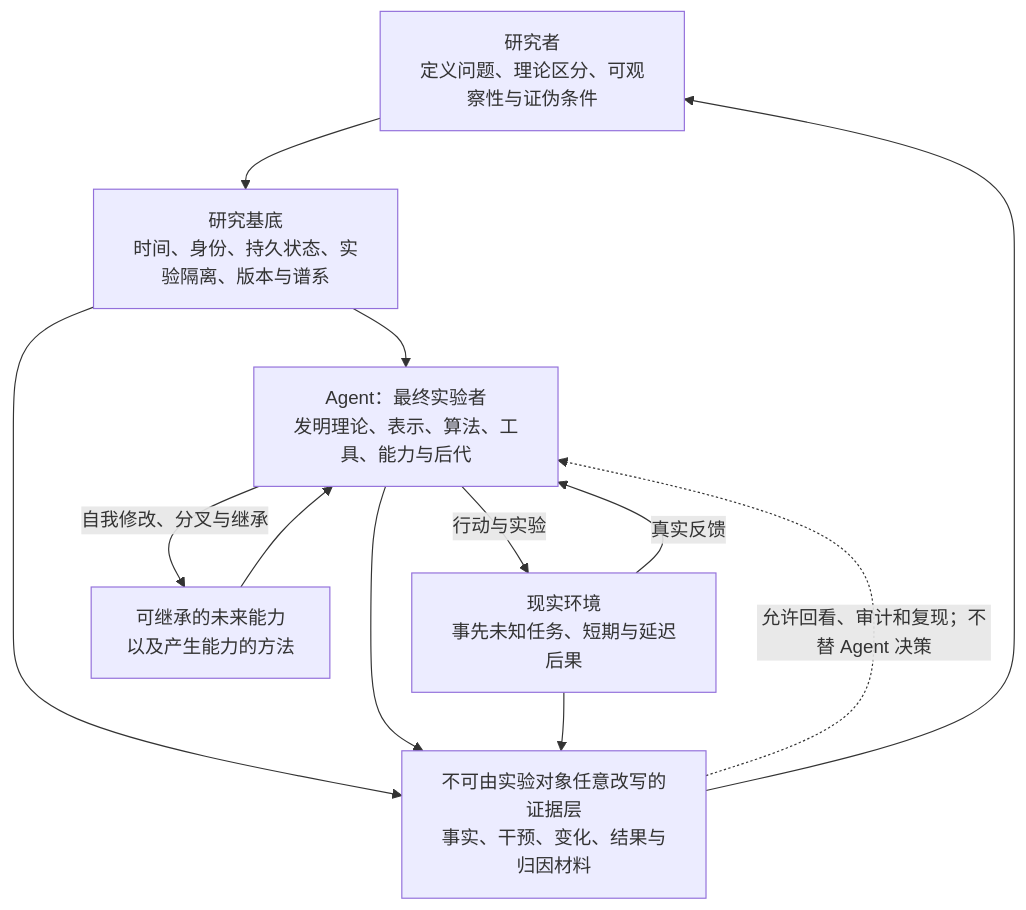
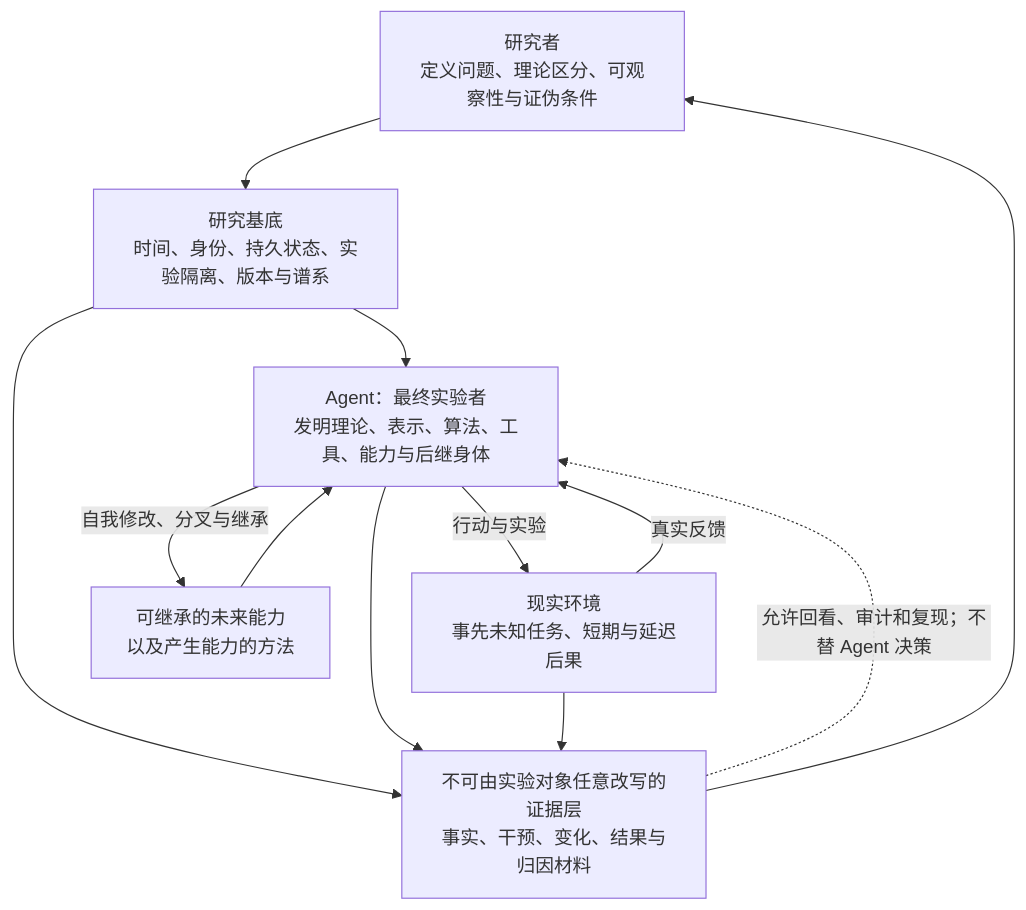
Before and after one commit to eonpaper123/Agentic-Evo: the first of 2 diagrams in docs/开发框架.md, drawn with Mermaid. The commit also changed other lines of this file and 6 other files, not shown here.

````diff
--- a/docs/开发框架.md
+++ b/docs/开发框架.md
@@ -84,21 +134,21 @@
 ```mermaid
 flowchart TD
     R["研究者<br/>定义问题、理论区分、可观察性与证伪条件"]
     S["研究基底<br/>时间、身份、持久状态、实验隔离、版本与谱系"]
-    A["Agent：最终实验者<br/>发明理论、表示、算法、工具、能力与后代"]
+    A["Agent：最终实验者<br/>发明理论、表示、算法、工具、能力与后继身体"]
     E["现实环境<br/>事先未知任务、短期与延迟后果"]
     O["不可由实验对象任意改写的证据层<br/>事实、干预、变化、结果与归因材料"]
     K["可继承的未来能力<br/>以及产生能力的方法"]
 
     R --> S
     S --> A
     A -->|"行动与实验"| E
     E -->|"真实反馈"| A
     A -->|"自我修改、分叉与继承"| K
     K --> A
     S --> O
     A --> O
     E --> O
     O -.->|"允许回看、审计和复现；不替 Agent 决策"| A
     O --> R
 ```
````
